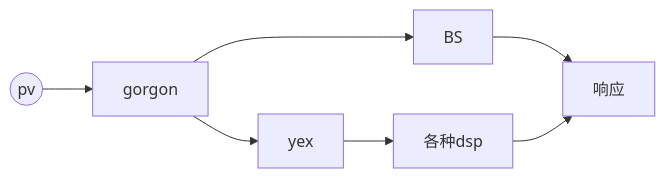
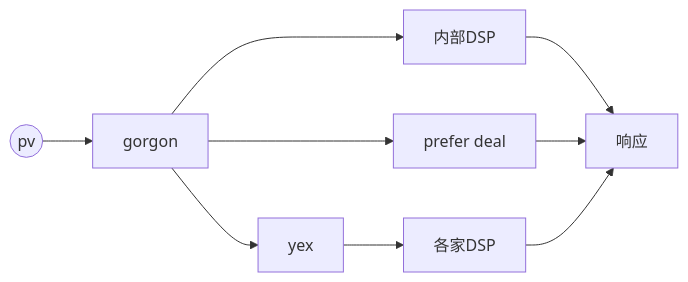
Before and after one commit to ChenJiahui0/ChenJiahui0.github.io: the second of 2 diagrams in _posts/2023-08-18-广告业务总结.md, drawn with Mermaid. The commit also changed other lines of this file and 2 other files, not shown here.

````diff
--- a/_posts/2023-08-18-广告业务总结.md
+++ b/_posts/2023-08-18-广告业务总结.md
@@ -26,6 +61,6 @@
 ```mermaid
 flowchart LR
-    A((pv))--> B[gorgon]--> C[BS] -->F
-    B --> D[yex] --> E[各种dsp]-->F
-    F[响应]
+    A((pv))--> B[gorgon]--> C[内部DSP] -->F
+    B --> G[prefer deal] --> F
+    B --> D[yex] --> E[各家DSP]-->F[响应]
 ```
````
